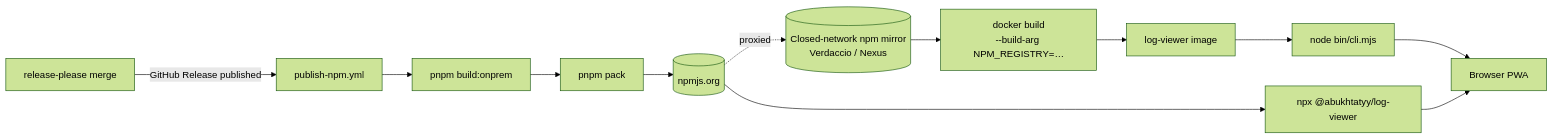
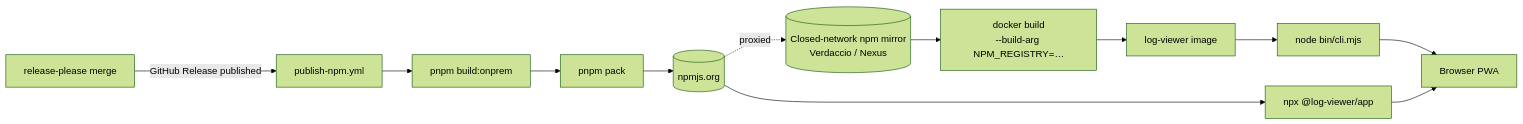
The diagram in docs/adr/0029-on-prem-npm-package-distribution.md (AlexandrBukhtatyy/log-viewer), drawn with Mermaid (forest theme) before and after one commit. The commit also changed other lines of this file and 4 other files, not shown here.

First line of the commit message:
fix(dist): switch npm scope to @log-viewer/app to match org token

````diff
--- a/docs/adr/0029-on-prem-npm-package-distribution.md
+++ b/docs/adr/0029-on-prem-npm-package-distribution.md
@@ -61,16 +61,16 @@
 ```mermaid
 flowchart LR
   Dev[release-please merge] -->|GitHub Release published| Pub[publish-npm.yml]
   Pub --> Build[pnpm build:onprem]
   Build --> Pack[pnpm pack]
   Pack --> NPM[(npmjs.org)]
 
   NPM -. proxied .-> Mirror[(Closed-network npm mirror<br/>Verdaccio / Nexus)]
   Mirror --> Docker[docker build<br/>--build-arg NPM_REGISTRY=…]
   Docker --> Image[log-viewer image]
   Image --> Runtime[node bin/cli.mjs]
   Runtime --> Browser[Browser PWA]
 
-  NPM --> Local[npx @abukhtatyy/log-viewer]
+  NPM --> Local[npx @log-viewer/app]
   Local --> Browser
 ```
````
